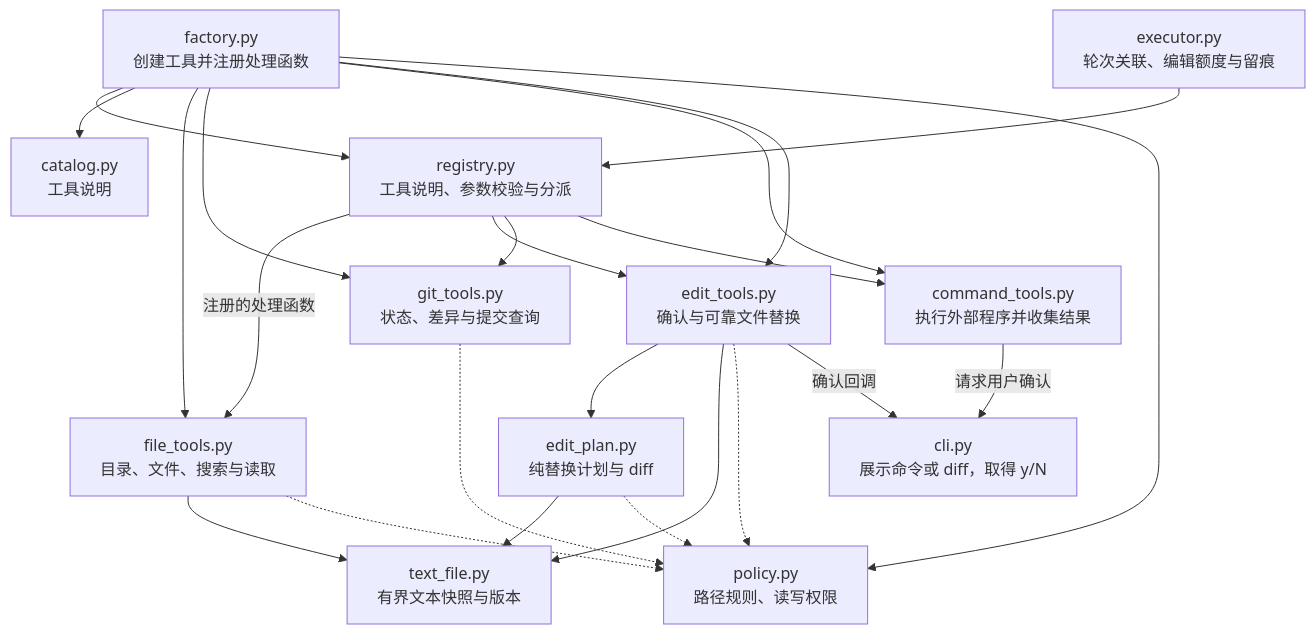
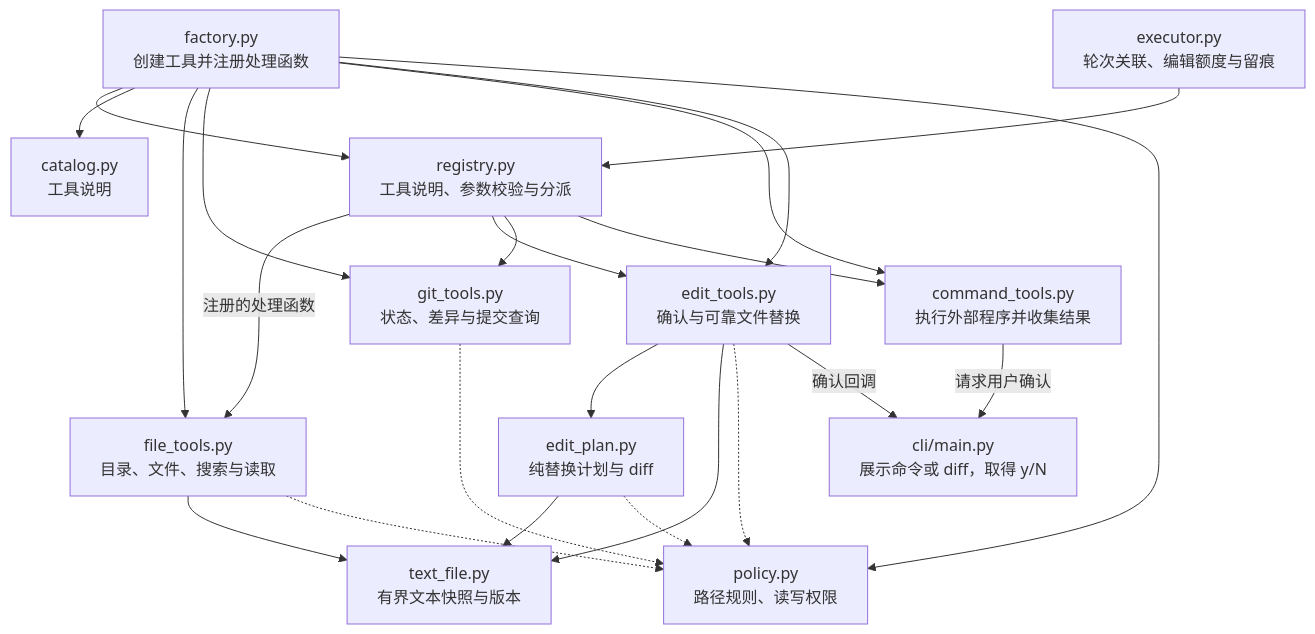
Before and after one commit to Plvltra/AdamAgent: the second of 3 diagrams in docs/architecture.md, drawn with Mermaid. The commit also changed other lines of this file and 93 other files, not shown here.

````diff
--- a/docs/architecture.md
+++ b/docs/architecture.md
@@ -90,26 +112,26 @@
 ```mermaid
 flowchart TD
     E["executor.py<br/>轮次关联、编辑额度与留痕"] --> R["registry.py<br/>工具说明、参数校验与分派"]
     FACTORY["factory.py<br/>创建工具并注册处理函数"] --> R
     FACTORY --> CATALOG["catalog.py<br/>工具说明"]
     FACTORY --> F
     FACTORY --> G
     FACTORY --> C
     FACTORY --> EDIT
     R -->|"注册的处理函数"| F["file_tools.py<br/>目录、文件、搜索与读取"]
     F --> SNAP["text_file.py<br/>有界文本快照与版本"]
     PLAN["edit_plan.py<br/>纯替换计划与 diff"] --> SNAP
     PLAN -.-> P
     R --> EDIT
     EDIT["edit_tools.py<br/>确认与可靠文件替换"] --> PLAN
     EDIT --> SNAP
     EDIT -.-> P
     EDIT -->|"确认回调"| UI
     R --> G["git_tools.py<br/>状态、差异与提交查询"]
     R --> C["command_tools.py<br/>执行外部程序并收集结果"]
-    C -->|"请求用户确认"| UI["cli.py<br/>展示命令或 diff，取得 y/N"]
+    C -->|"请求用户确认"| UI["cli/main.py<br/>展示命令或 diff，取得 y/N"]
 
     FACTORY --> P["policy.py<br/>路径规则、读写权限"]
     F -.-> P
     G -.-> P
 ```
````
